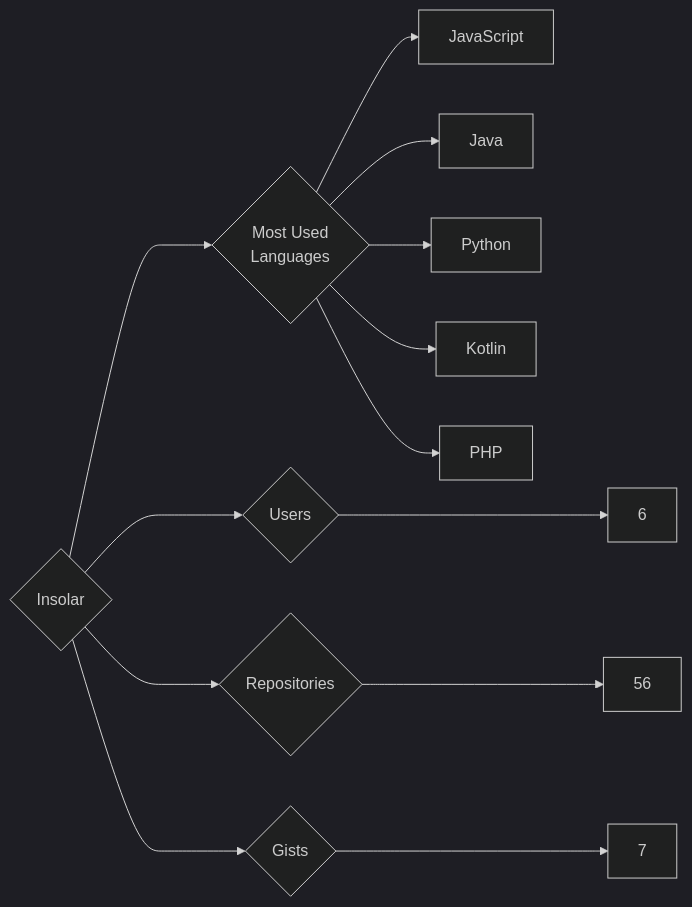
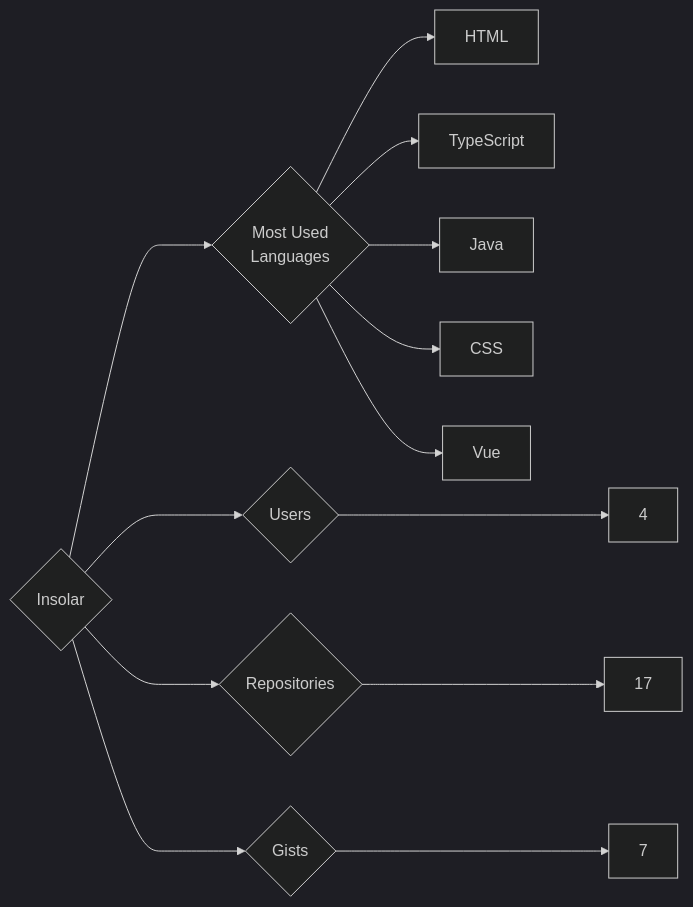
One commit to trickest/insiders changed the diagram in targets/Insolar/README.md. Above: the diagram before and after it, drawn with Mermaid (dark theme). The commit also changed 874 other files, not shown here.

````diff
--- a/targets/Insolar/README.md
+++ b/targets/Insolar/README.md
@@ -3,13 +3,13 @@
 ```mermaid
 graph LR
 COMPANY_NAME{Insolar}
-COMPANY_NAME ---> U{Users} ---> UN[6]
-COMPANY_NAME ---> R{Repositories} ---> RN[56]
+COMPANY_NAME ---> U{Users} ---> UN[4]
+COMPANY_NAME ---> R{Repositories} ---> RN[17]
 COMPANY_NAME ---> G{Gists} ---> GN[7]
 COMPANY_NAME ---> ML{Most Used<br>Languages}
-ML --> JavaScript[JavaScript]
+ML --> HTML[HTML]
+ML --> TypeScript[TypeScript]
 ML --> Java[Java]
-ML --> Python[Python]
-ML --> Kotlin[Kotlin]
-ML --> PHP[PHP]
+ML --> CSS[CSS]
+ML --> Vue[Vue]
 ```
````
